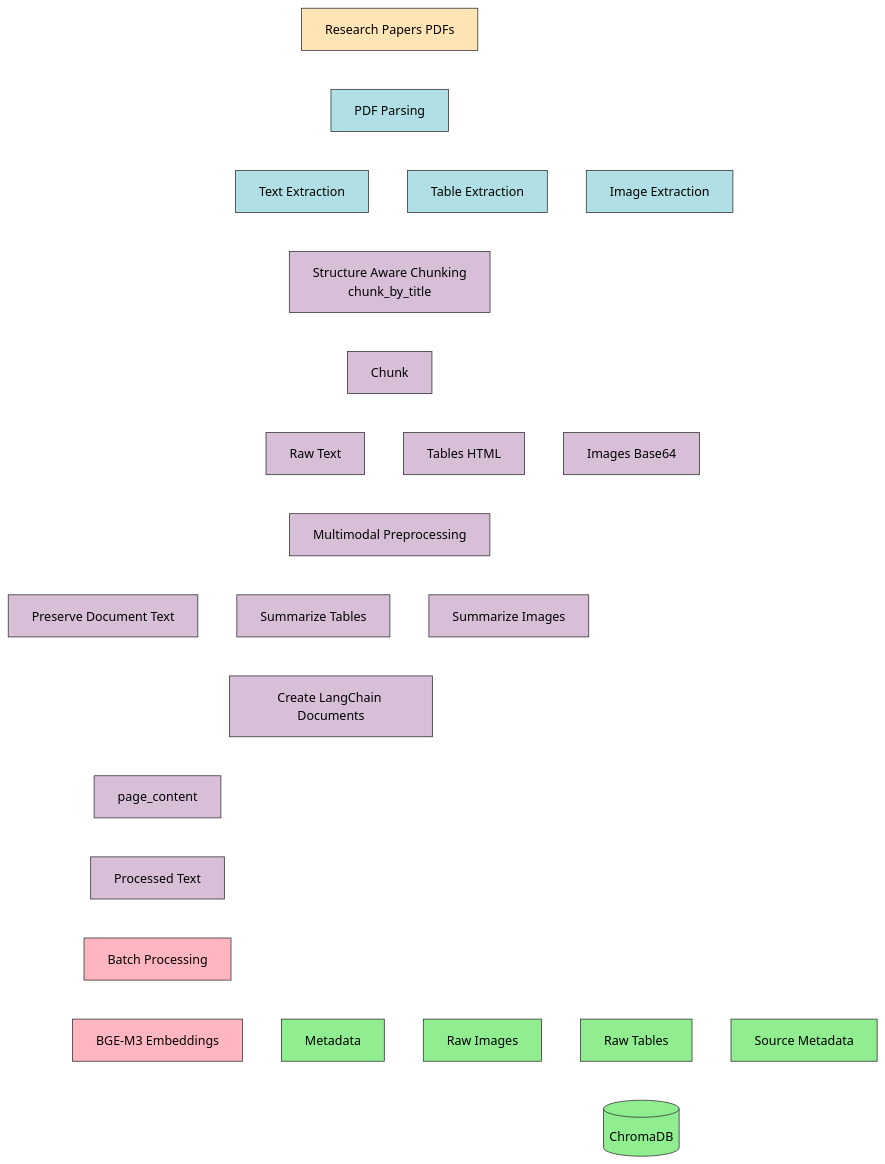
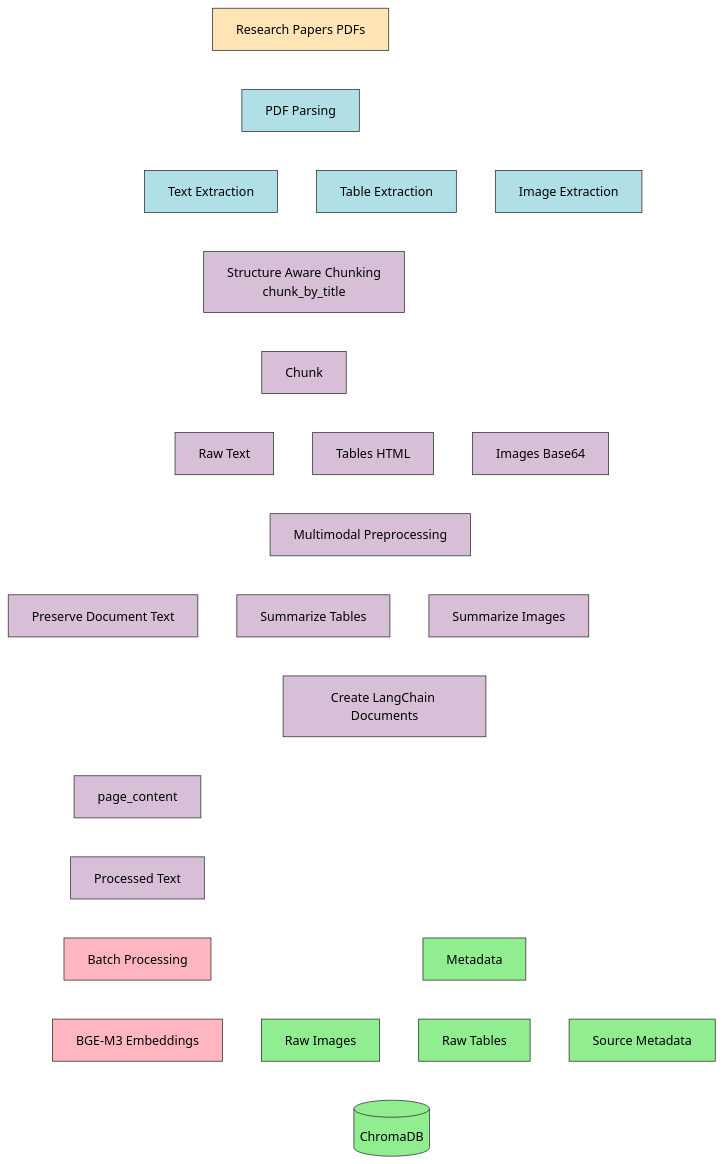
Before and after one commit to risvanthkm/spider_ml_task1: the first of 2 diagrams in applied_ml_domain/chatbot_code/README.md, drawn with Mermaid.

````diff
--- a/applied_ml_domain/chatbot_code/README.md
+++ b/applied_ml_domain/chatbot_code/README.md
@@ -38,72 +38,74 @@
 ```mermaid
 %%{
 init: {
 'theme':'base',
 'themeVariables':{
 'lineColor':'#FFFFFF',
 'primaryBorderColor':'#FFFFFF',
 'primaryTextColor':'#000000'
 }
 }
 }%%
 
 flowchart TD
 
 A[Research Papers PDFs] --> B[PDF Parsing]
 
 B --> C1[Text Extraction]
 B --> C2[Table Extraction]
 B --> C3[Image Extraction]
 
 C1 --> D[Structure Aware Chunking<br/>chunk_by_title]
 C2 --> D
 C3 --> D
 
 D --> E[Chunk]
 
 E --> F1[Raw Text]
 E --> F2[Tables HTML]
 E --> F3[Images Base64]
 
 F1 --> G[Multimodal Preprocessing]
 F2 --> G
 F3 --> G
 
 G --> H1[Preserve Document Text]
 G --> H2[Summarize Tables]
 G --> H3[Summarize Images]
 
 H1 --> I[Create LangChain Documents]
 H2 --> I
 H3 --> I
 
 I --> J[Metadata]
 I --> S[page_content]
 
 S --> W[Processed Text]
 
 L --> K[BGE-M3 Embeddings]
 
 W --> L[Batch Processing]
 
 K --> M[(ChromaDB)]
 
-J --> M
+J --> R1
+J --> R2
+J --> R3
 
 R1[Raw Images] --> M
 R2[Raw Tables] --> M
 R3[Source Metadata] --> M
 
 linkStyle default stroke:#FFFFFF,stroke-width:2px
 classDef source fill:#FFE4B5,color:#000000,stroke:#333333
 classDef extract fill:#B0E0E6,color:#000000,stroke:#333333
 classDef process fill:#D8BFD8,color:#000000,stroke:#333333
 classDef storage fill:#90EE90,color:#000000,stroke:#333333
 classDef embed fill:#FFB6C1,color:#000000,stroke:#333333
 
 class A source
 class B,C1,C2,C3 extract
 class D,E,F1,F2,F3,G,H1,H2,H3,I,S,W process
 class K,L embed
 class M,R1,R2,R3,J storage
 ```
````
